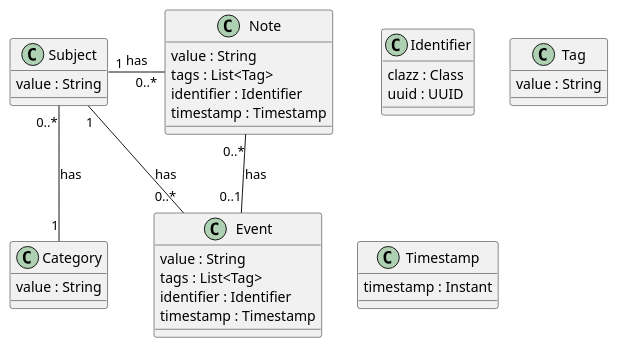
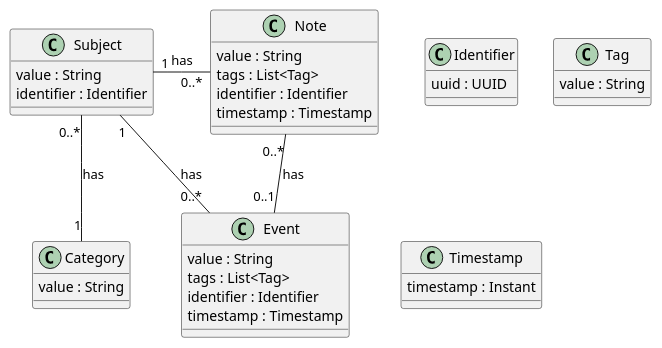
One commit to codeheadsystems/motif changed the diagram in common/docs/model.puml. Above: the diagram before and after it, drawn with PlantUML. The commit also changed 18 other files, not shown here.

```diff
--- a/common/docs/model.puml
+++ b/common/docs/model.puml
@@ -1,36 +1,36 @@
 @startuml
 
 class Identifier {
-  clazz : Class
   uuid : UUID
 }
 class Category {
   value : String
 }
 class Tag {
   value : String
 }
 class Timestamp {
   timestamp : Instant
 }
 class Subject {
   value : String
+  identifier : Identifier
 }
 class Event {
   value : String
   tags : List<Tag>
   identifier : Identifier
   timestamp : Timestamp
 }
 class Note {
   value : String
   tags : List<Tag>
   identifier : Identifier
   timestamp : Timestamp
 }
 
 Subject "0..*" -- "1" Category : has
 Event "0..*" -- "1" Subject : has
 Note "0..*" -left- "1" Subject : has
 Note "0..*" -down- "0..1" Event : has
 @enduml
```
